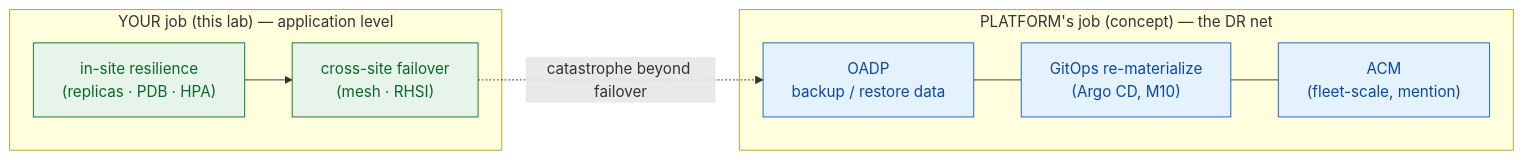
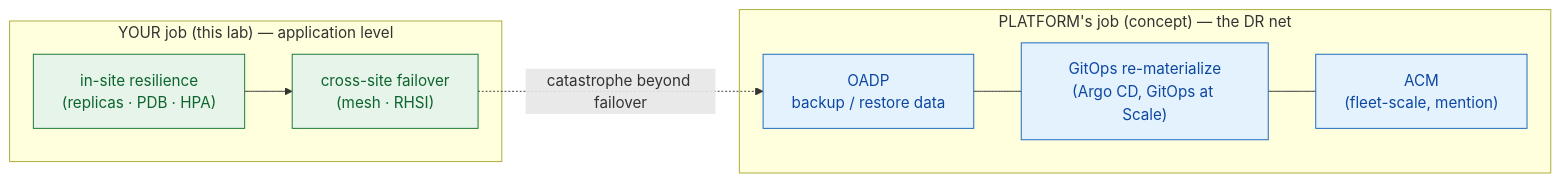
The fourth of 4 diagrams in content/modules/ROOT/pages/resilience-multicluster-dr/concept.adoc (serhat-dirik/OCP-Getting-Started-Revamped), drawn with Mermaid before and after one commit. The commit also changed other lines of this file and 7 other files, not shown here.

```diff
--- a/content/modules/ROOT/pages/resilience-multicluster-dr/concept.adoc
+++ b/content/modules/ROOT/pages/resilience-multicluster-dr/concept.adoc
@@ -174,20 +174,20 @@
 [mermaid]
 ....
 graph LR
   subgraph you["YOUR job (this lab) — application level"]
     r["in-site resilience<br/>(replicas · PDB · HPA)"]
     f["cross-site failover<br/>(mesh · RHSI)"]
   end
   subgraph plat["PLATFORM's job (concept) — the DR net"]
     o["OADP<br/>backup / restore data"]
-    g["GitOps re-materialize<br/>(Argo CD, M10)"]
+    g["GitOps re-materialize<br/>(Argo CD, GitOps at Scale)"]
     acm["ACM<br/>(fleet-scale, mention)"]
   end
   r --> f
   f -.->|"catastrophe beyond failover"| o
   o --- g
   g --- acm
   classDef y fill:#e6f4ea,stroke:#137333,color:#0d652d;
   classDef p fill:#e3f2fd,stroke:#1565c0,color:#0d47a1;
   class r,f y; class o,g,acm p;
 ....
```
